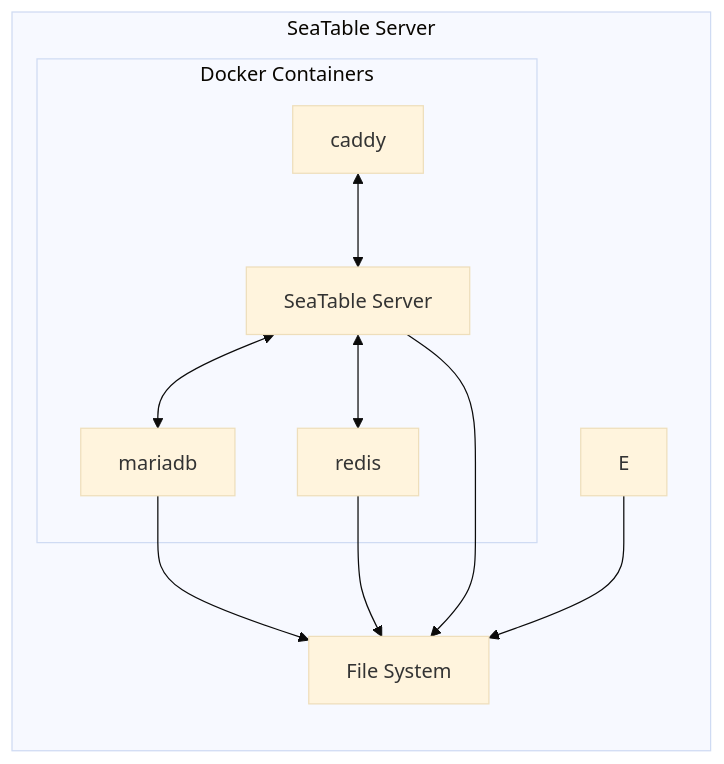
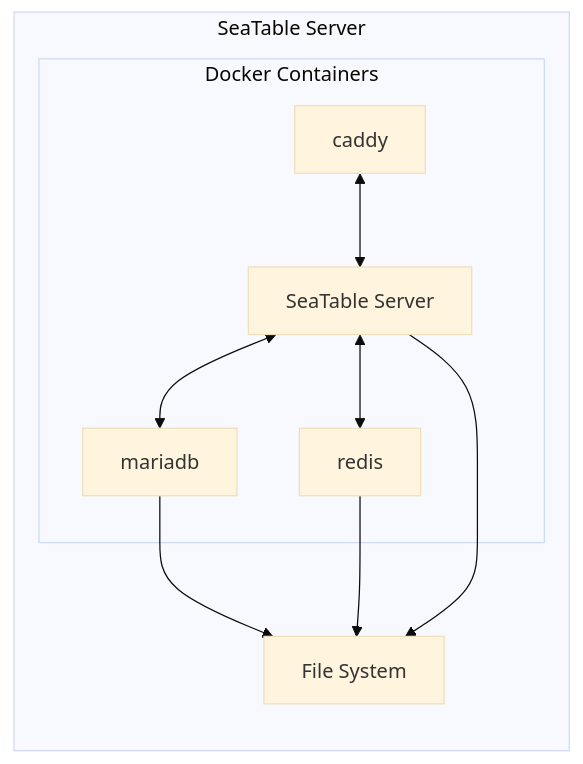
The first of 2 diagrams in docs/introduction/architecture.md (seatable/seatable-admin-docs), drawn with Mermaid (base theme) before and after one commit.

Commit message:
remove memcached container from flowchart

````diff
--- a/docs/introduction/architecture.md
+++ b/docs/introduction/architecture.md
@@ -9,19 +9,18 @@
 ```mermaid
 flowchart LR
     subgraph s[SeaTable Server]
         subgraph d[Docker Containers]
             A[caddy]
             B[SeaTable Server]
             C[mariadb]
             D[redis]
             A<-->B
             B<-->C
             B<-->D
         end
         F[File System]
         C --> F
         D --> F
         B --> F
-        E --> F
     end
 ```
````
